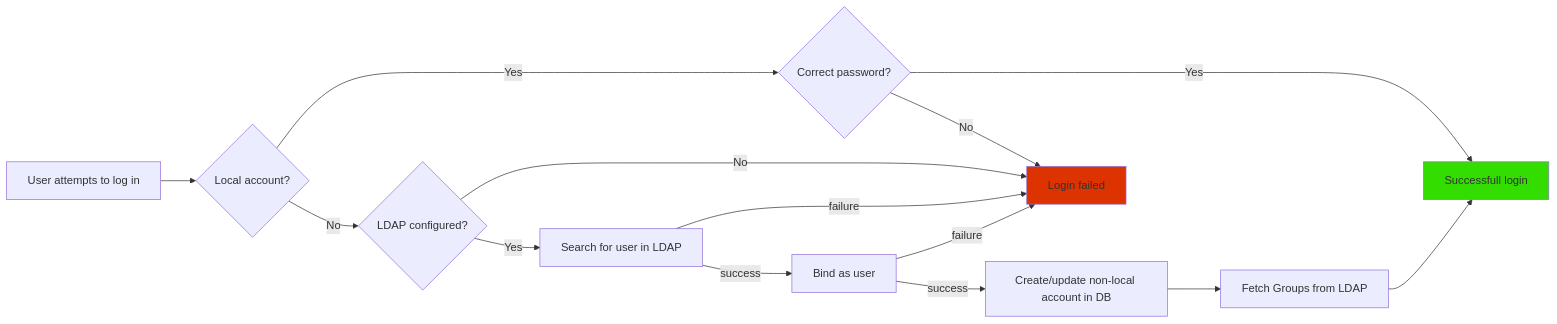
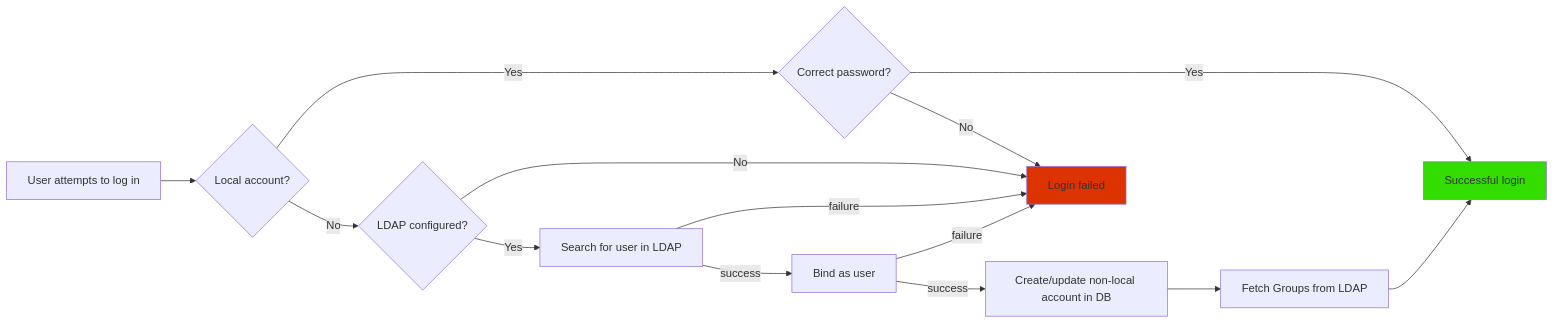
The diagram in docs/IP_Fabric_Settings/administration/ldap.md (ipfabric/docs), drawn with Mermaid before and after one commit. The commit also changed other lines of this file and 43 other files, not shown here.

````diff
--- a/docs/IP_Fabric_Settings/administration/ldap.md
+++ b/docs/IP_Fabric_Settings/administration/ldap.md
@@ -17,23 +17,23 @@
 ```mermaid
 graph LR
     LoginStart[User attempts to log in] --> UserLocal{Local account?}
 
     UserLocal -->|Yes| PswCheck{Correct password?}
-      PswCheck -->|Yes| LoginOk[Successfull login]
+      PswCheck -->|Yes| LoginOk[Successful login]
       PswCheck --> |No| LoginFailed[Login failed]
     UserLocal -->|No| LDAP{LDAP configured?}
 
     LDAP -->|No| LoginFailed[Login failed]
     LDAP -->|Yes| LdapSearch[Search for user in LDAP]
 
   	LdapSearch --> |failure| LoginFailed[Login failed]
     LdapSearch -->|success| LdapBind[Bind as user]
 
   	LdapBind --> |failure| LoginFailed[Login failed]
     LdapBind -->|success| UserLocalLdap[Create/update non-local account in DB]
     UserLocalLdap --> FetchGroups[Fetch Groups from LDAP]
-    FetchGroups --> LoginOk[Successfull login]
+    FetchGroups --> LoginOk[Successful login]
 
     style LoginOk fill:#33dd00
     style LoginFailed fill:#dd3300
 ```
````
